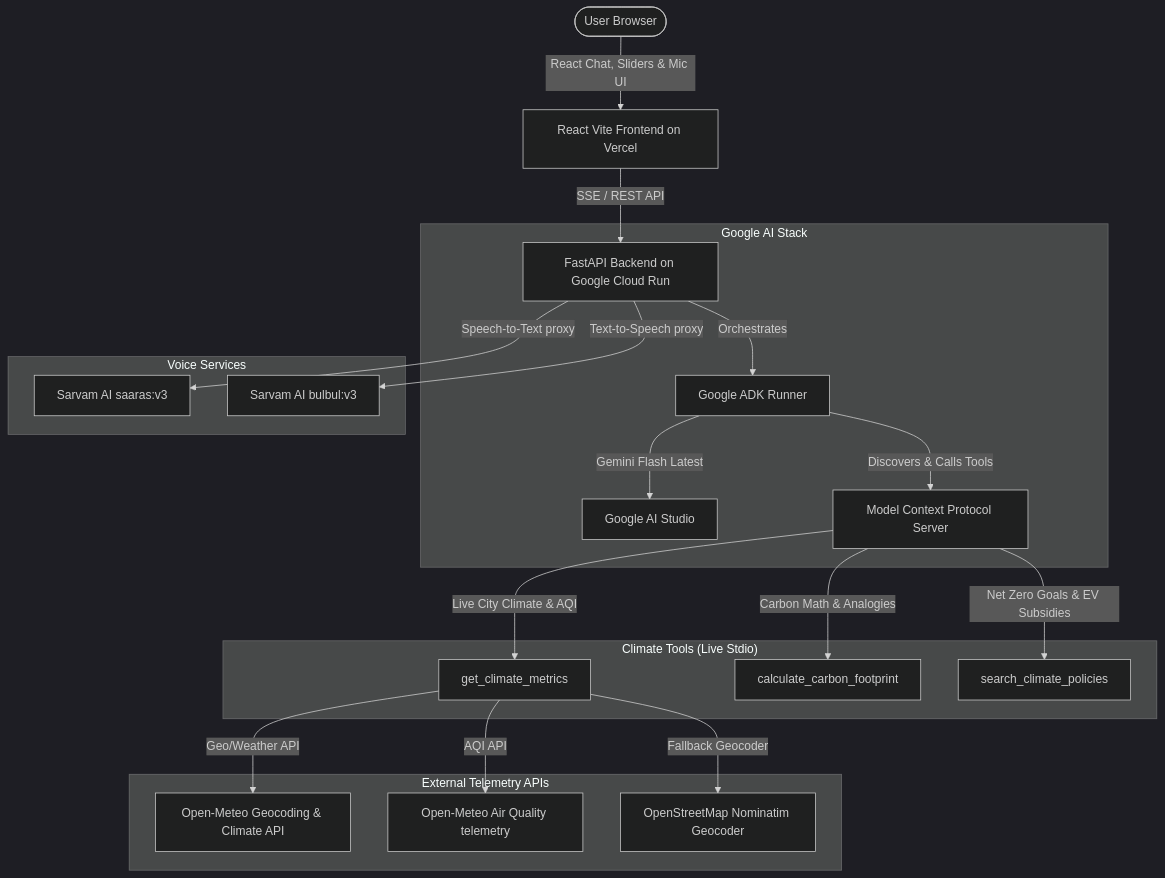
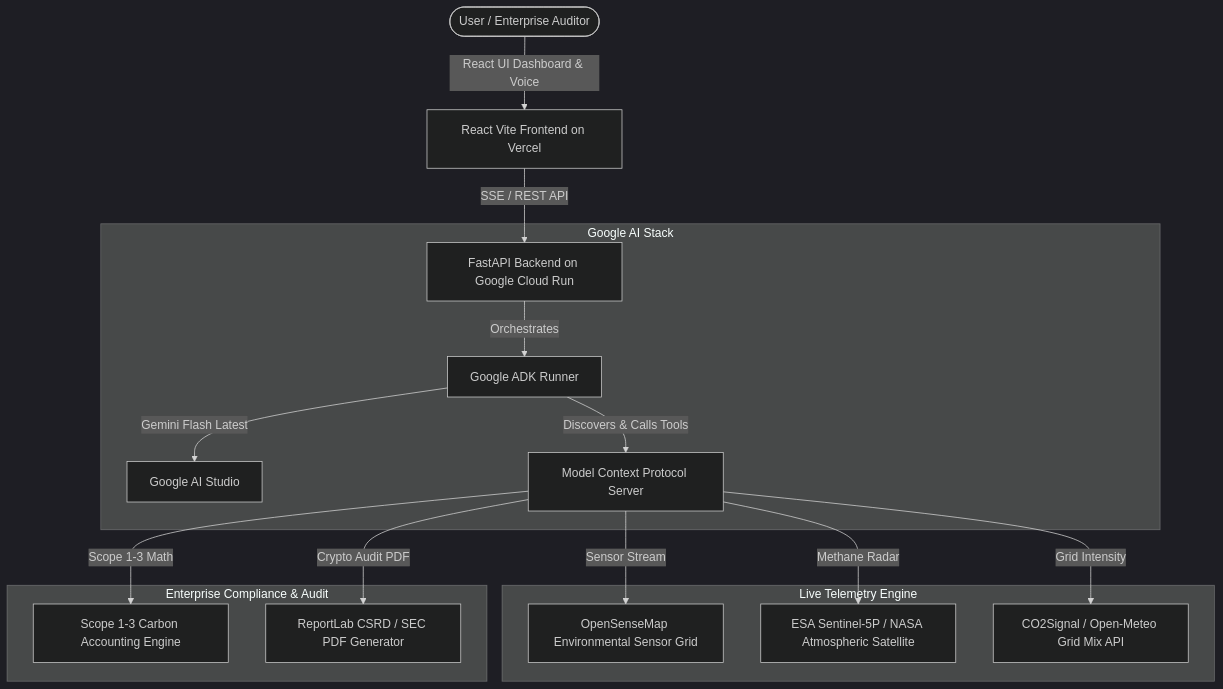
Before and after one commit to rockerspace/AI-Agent-Series-Builder-2026: the diagram in README.md, drawn with Mermaid (dark theme). The commit also changed other lines of this file, not shown here.

First line of the commit message:
docs: update README.md for EcoPulse Enterprise OS & Top 100 Finalist recognition

````diff
--- a/README.md
+++ b/README.md
@@ -47,28 +37,22 @@
 ```mermaid
 graph TD
-    User([User Browser]) -->|React Chat, Sliders & Mic UI| Frontend[React Vite Frontend on Vercel]
+    User([User / Enterprise Auditor]) -->|React UI Dashboard & Voice| Frontend[React Vite Frontend on Vercel]
     Frontend -->|SSE / REST API| FastAPI[FastAPI Backend on Google Cloud Run]
 
     subgraph "Google AI Stack"
         FastAPI -->|Orchestrates| ADK[Google ADK Runner]
         ADK -->|Gemini Flash Latest| Gemini[Google AI Studio]
         ADK -->|Discovers & Calls Tools| MCP[Model Context Protocol Server]
     end
 
-    subgraph "Voice Services"
-        FastAPI -->|Speech-to-Text proxy| SarvamSTT[Sarvam AI saaras:v3]
-        FastAPI -->|Text-to-Speech proxy| SarvamTTS[Sarvam AI bulbul:v3]
+    subgraph "Live Telemetry Engine"
+        MCP -->|Sensor Stream| OpenSenseMap[OpenSenseMap Environmental Sensor Grid]
+        MCP -->|Methane Radar| Sentinel[ESA Sentinel-5P / NASA Atmospheric Satellite]
+        MCP -->|Grid Intensity| GridTelemetry[CO2Signal / Open-Meteo Grid Mix API]
     end
 
-    subgraph "Climate Tools (Live Stdio)"
-        MCP -->|Live City Climate & AQI| get_climate_metrics[get_climate_metrics]
-        MCP -->|Carbon Math & Analogies| calculate_carbon_footprint[calculate_carbon_footprint]
-        MCP -->|Net Zero Goals & EV Subsidies| search_climate_policies[search_climate_policies]
-    end
-
-    subgraph "External Telemetry APIs"
-        get_climate_metrics -->|Geo/Weather API| OpenMeteo[Open-Meteo Geocoding & Climate API]
-        get_climate_metrics -->|AQI API| OpenAQ[Open-Meteo Air Quality telemetry]
-        get_climate_metrics -->|Fallback Geocoder| OSM[OpenStreetMap Nominatim Geocoder]
+    subgraph "Enterprise Compliance & Audit"
+        MCP -->|Scope 1-3 Math| ScopeEngine[Scope 1-3 Carbon Accounting Engine]
+        MCP -->|Crypto Audit PDF| ReportLab[ReportLab CSRD / SEC PDF Generator]
     end
 ```
````
